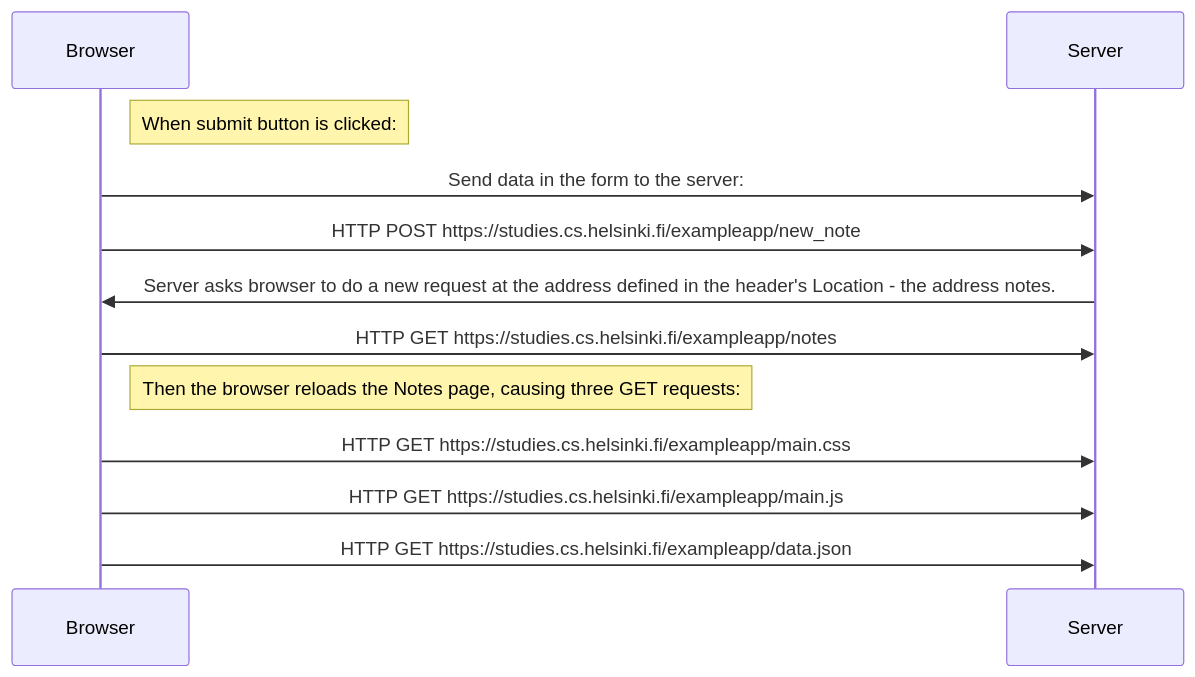
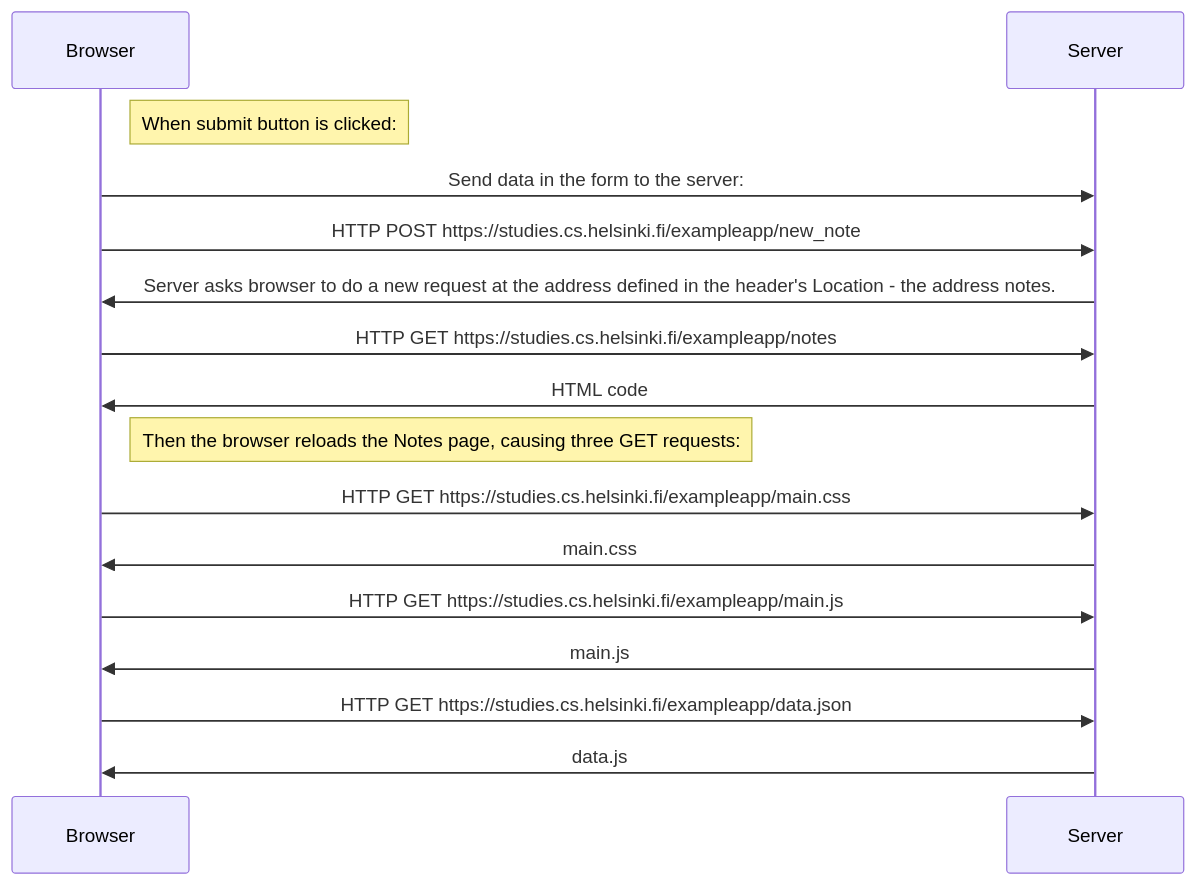
One commit to shii-ro/fullstackopen changed the diagram in part0/newNoteDiagram.md. Above: the diagram before and after it, drawn with Mermaid.

````diff
--- a/part0/newNoteDiagram.md
+++ b/part0/newNoteDiagram.md
@@ -1,12 +1,16 @@
 ```mermaid
 sequenceDiagram
 Note right of Browser: When submit button is clicked:
 Browser->>Server: Send data in the form to the server:
 Browser->>Server: HTTP POST  https://studies.cs.helsinki.fi/exampleapp/new_note
 Server->>Browser: Server asks browser to do a new request at the address defined in the header's Location - the address notes.
 Browser->>Server: HTTP GET https://studies.cs.helsinki.fi/exampleapp/notes
+Server->>Browser: HTML code
 Note right of Browser: Then the browser reloads the Notes page, causing three GET requests:
 Browser->>Server: HTTP GET https://studies.cs.helsinki.fi/exampleapp/main.css
+Server->>Browser: main.css
 Browser->>Server: HTTP GET https://studies.cs.helsinki.fi/exampleapp/main.js
+Server->>Browser: main.js
 Browser->>Server: HTTP GET https://studies.cs.helsinki.fi/exampleapp/data.json
+Server->>Browser: data.js
 ```
````
